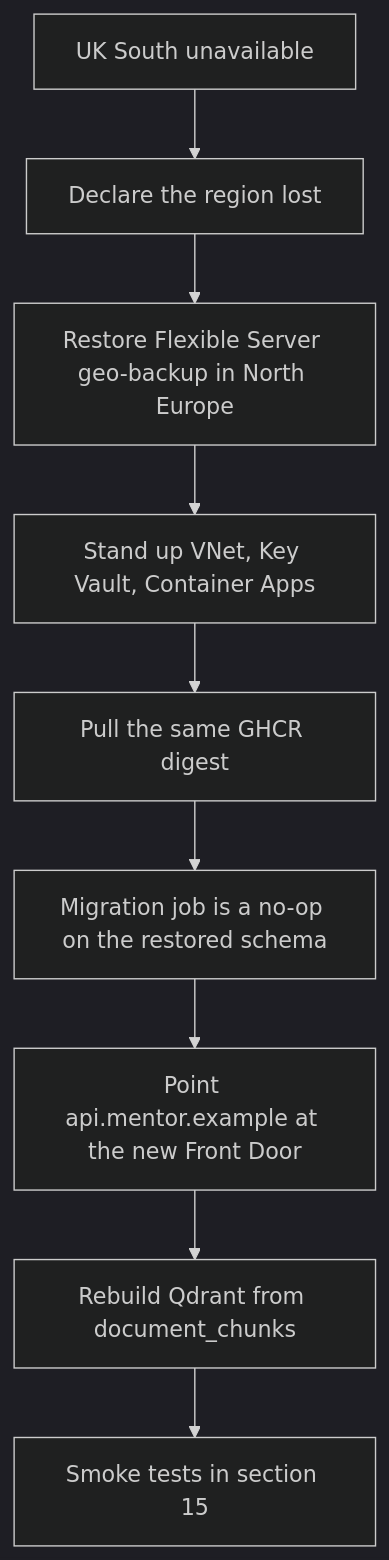
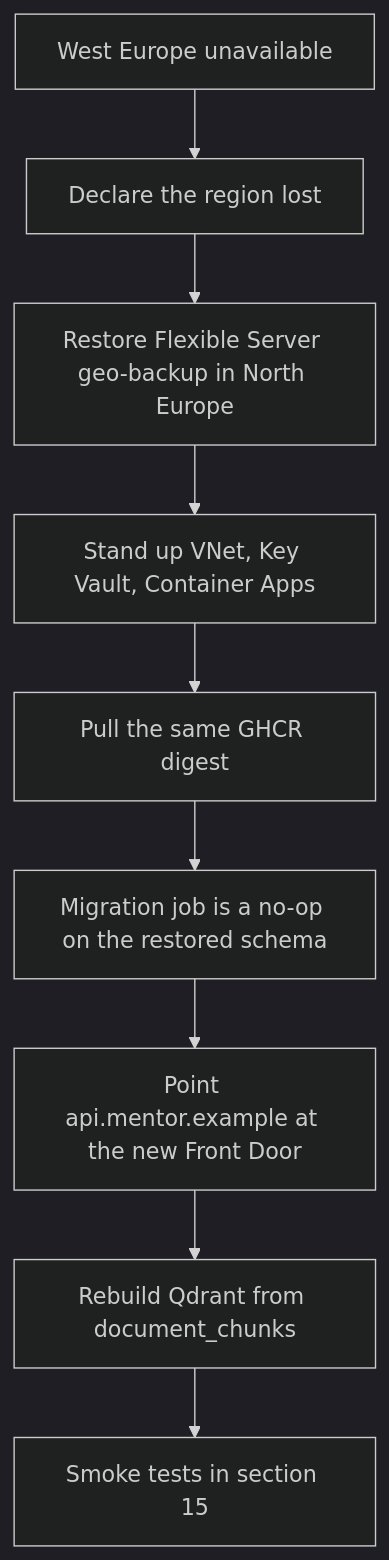
One commit to Nditah/AI-Mentor changed the sixth of 6 diagrams in docs/Infrastructure.md. Above: the diagram before and after it, drawn with Mermaid (dark theme). The commit also changed other lines of this file and 333 other files, not shown here.

````diff
--- a/docs/Infrastructure.md
+++ b/docs/Infrastructure.md
@@ -396,14 +402,14 @@
 ```mermaid
 flowchart TD
-  fail[UK South unavailable]
+  fail[West Europe unavailable]
   decide[Declare the region lost]
   pg[Restore Flexible Server geo-backup in North Europe]
   net[Stand up VNet, Key Vault, Container Apps]
   img[Pull the same GHCR digest]
   mig[Migration job is a no-op on the restored schema]
   dns[Point api.mentor.example at the new Front Door]
   vec[Rebuild Qdrant from document_chunks]
   smoke[Smoke tests in section 15]
 
   fail --> decide --> pg --> net --> img --> mig --> dns --> vec --> smoke
 ```
````
